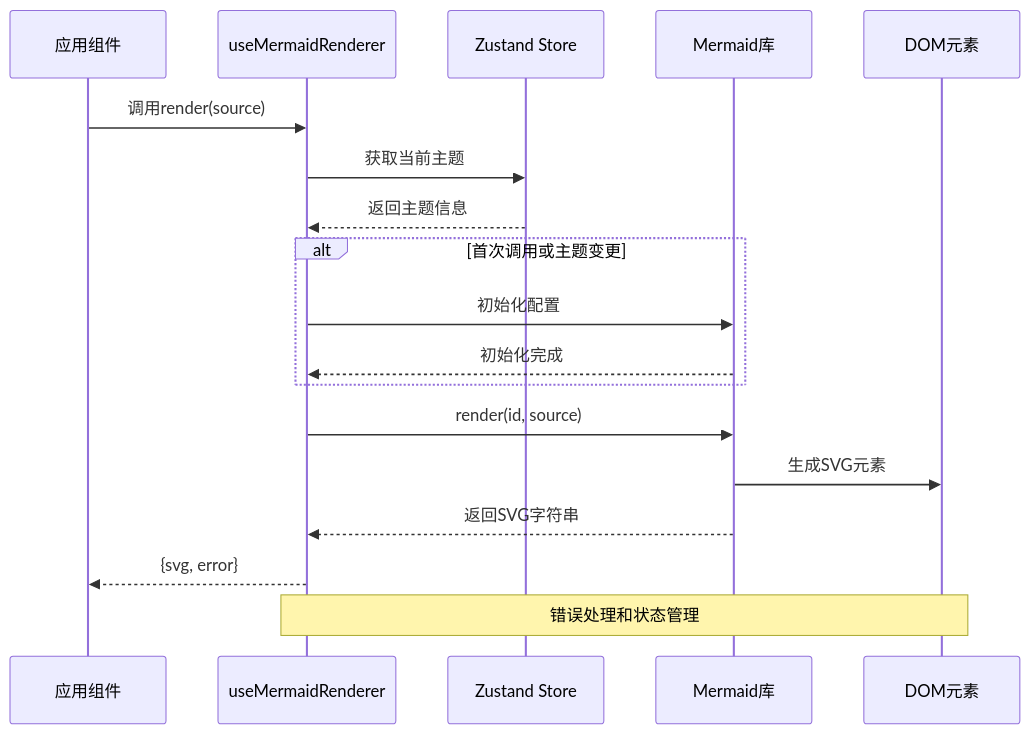
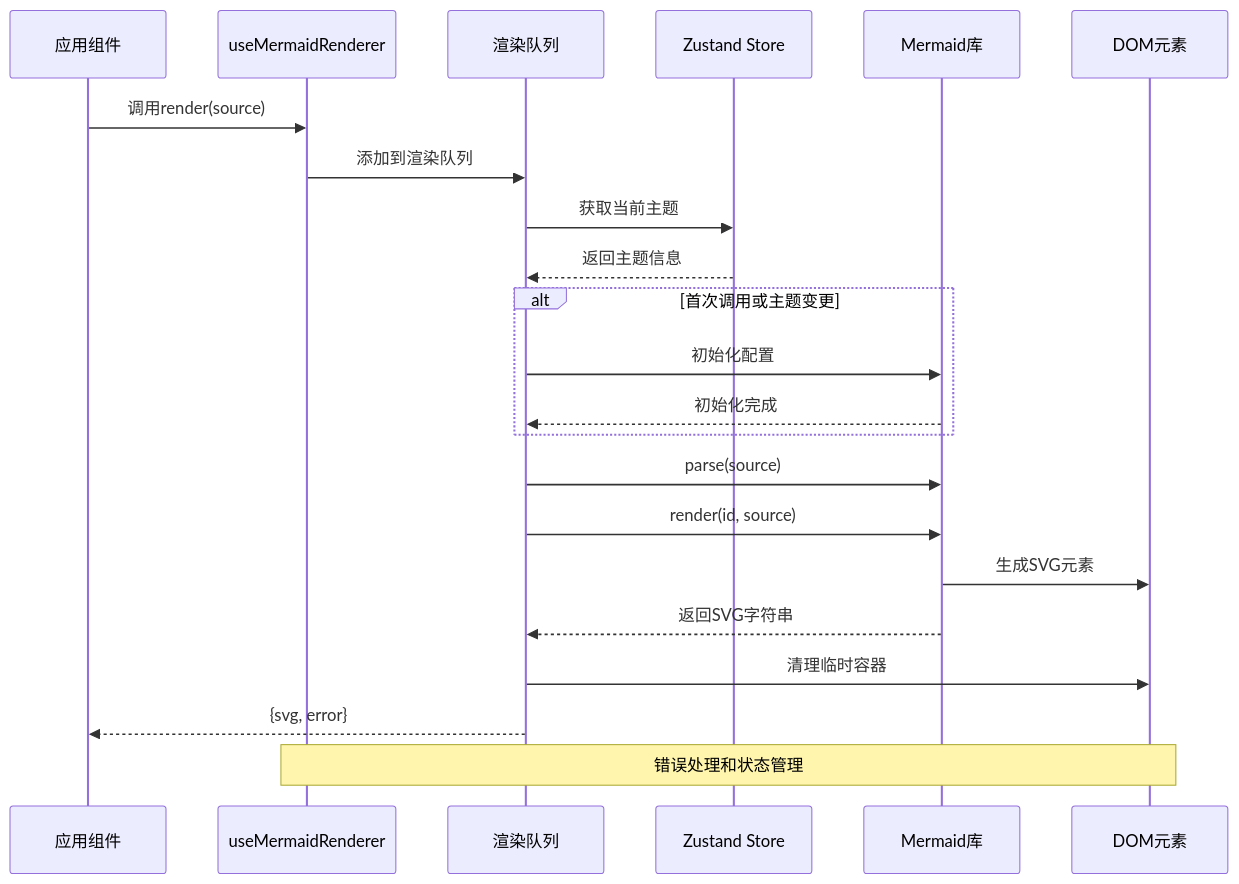
The second of 5 diagrams in .qoder/repowiki/zh/content/自定义Hooks/Mermaid图表渲染Hook.md (WW-AI-Lab/openclaw-office), drawn with Mermaid before and after one commit. The commit also changed other lines of this file and 36 other files, not shown here.

````diff
--- a/.qoder/repowiki/zh/content/自定义Hooks/Mermaid图表渲染Hook.md
+++ b/.qoder/repowiki/zh/content/自定义Hooks/Mermaid图表渲染Hook.md
@@ -106,20 +118,24 @@
 ```mermaid
 sequenceDiagram
 participant App as 应用组件
 participant Hook as useMermaidRenderer
+participant Queue as 渲染队列
 participant Store as Zustand Store
 participant Mermaid as Mermaid库
 participant DOM as DOM元素
 App->>Hook : 调用render(source)
-Hook->>Store : 获取当前主题
-Store-->>Hook : 返回主题信息
+Hook->>Queue : 添加到渲染队列
+Queue->>Store : 获取当前主题
+Store-->>Queue : 返回主题信息
 alt 首次调用或主题变更
-Hook->>Mermaid : 初始化配置
-Mermaid-->>Hook : 初始化完成
+Queue->>Mermaid : 初始化配置
+Mermaid-->>Queue : 初始化完成
 end
-Hook->>Mermaid : render(id, source)
+Queue->>Mermaid : parse(source)
+Queue->>Mermaid : render(id, source)
 Mermaid->>DOM : 生成SVG元素
-Mermaid-->>Hook : 返回SVG字符串
-Hook-->>App : {svg, error}
+Mermaid-->>Queue : 返回SVG字符串
+Queue->>DOM : 清理临时容器
+Queue-->>App : {svg, error}
 Note over Hook,DOM : 错误处理和状态管理
 ```
````
